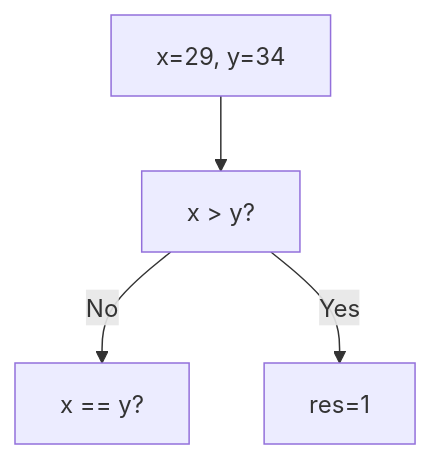
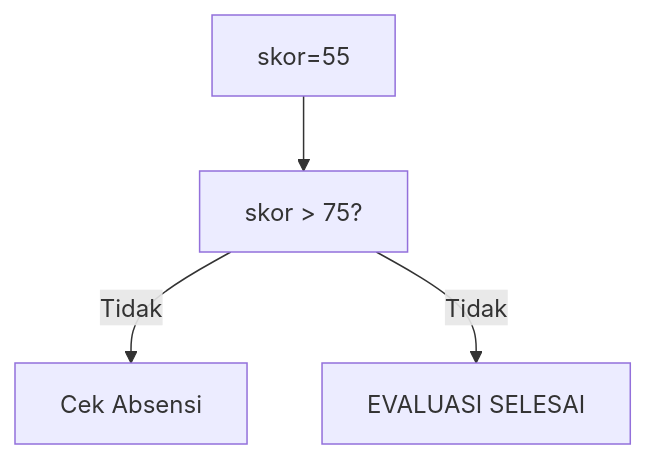
The second of 25 diagrams in part-c-pemahaman-cpp/02-percabangan/latihan/set-03.md (amnahwaida/OSNK_INF_PREP), drawn with Mermaid before and after one commit. The commit also changed other lines of this file and 71 other files, not shown here.

````diff
--- a/part-c-pemahaman-cpp/02-percabangan/latihan/set-03.md
+++ b/part-c-pemahaman-cpp/02-percabangan/latihan/set-03.md
@@ -51,6 +52,6 @@
 ```mermaid
 graph TD
-A["x=29, y=34"] --> B["x > y?"]
-B -- No --> C["x == y?"]
-B -- Yes --> D[res=1]
+A["skor=55"] --> B["skor > 75?"]
+B -- Tidak --> C["Cek Absensi"]
+B -- Tidak --> D["EVALUASI SELESAI"]
 ```
````
